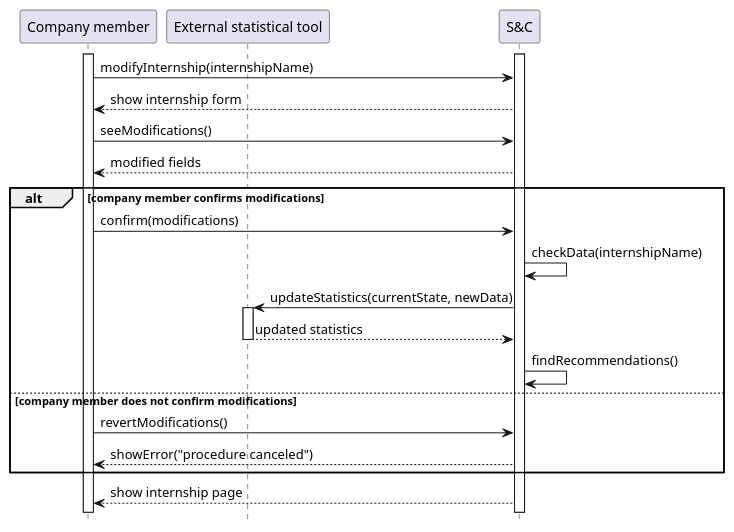
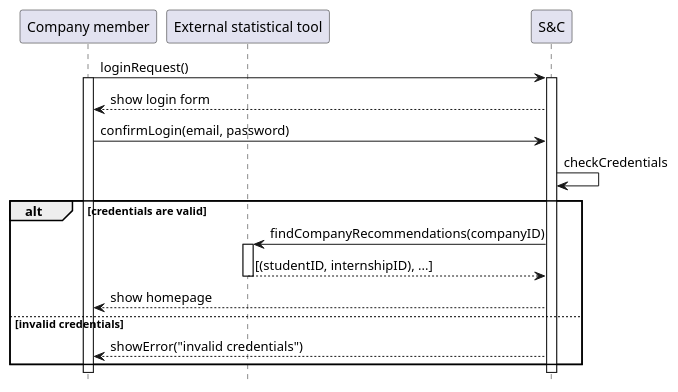
Before and after one commit to matti8702/R_and_DD_project_SE2: the diagram in RASD/Specific_requirements/uml_diagrams/UC6_diagram.puml, drawn with PlantUML. The commit also changed 32 other files, not shown here.

```diff
--- a/RASD/Specific_requirements/uml_diagrams/UC6_diagram.puml
+++ b/RASD/Specific_requirements/uml_diagrams/UC6_diagram.puml
@@ -1,27 +1,23 @@
 @startuml UC6_diagram
 hide footbox
 
 participant "Company member" as CM
 participant "External statistical tool" AS EXT
 participant "S&C" AS S
 
+CM -> S: loginRequest()
 activate S
 activate CM
-CM -> S: modifyInternship(internshipName)
-S --> CM: show internship form
-CM -> S: seeModifications()
-S --> CM: modified fields
-alt company member confirms modifications
-    CM -> S: confirm(modifications)
-    S -> S: checkData(internshipName)
-    S -> EXT: updateStatistics(currentState, newData)
+S --> CM: show login form
+CM -> S: confirmLogin(email, password)
+S -> S: checkCredentials
+alt credentials are valid
+    S -> EXT: findCompanyRecommendations(companyID)
     activate EXT
-    EXT --> S: updated statistics
+    EXT --> S: [(studentID, internshipID), ...]
     deactivate EXT
-    S -> S: findRecommendations()
-else company member does not confirm modifications
-    CM -> S: revertModifications()
-    S --> CM: showError("procedure canceled")
+    S --> CM: show homepage
+else invalid credentials
+    S --> CM: showError("invalid credentials")
 end
-S --> CM: show internship page
 @enduml
```
